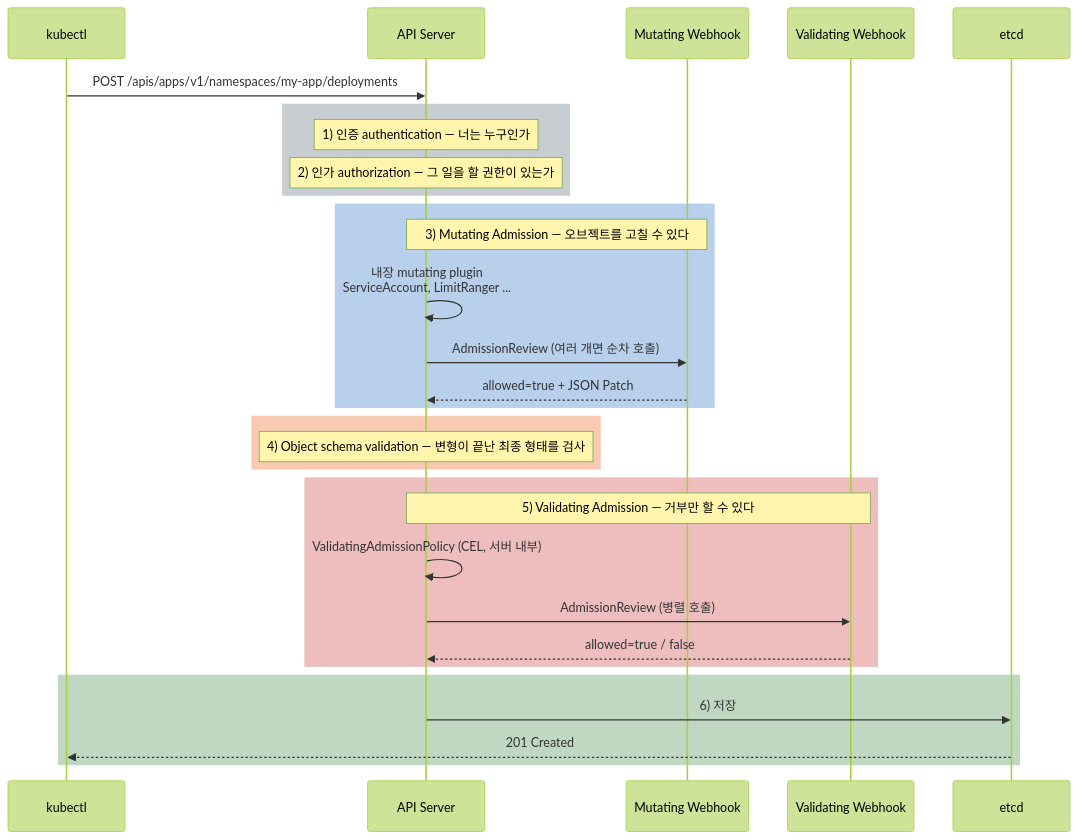
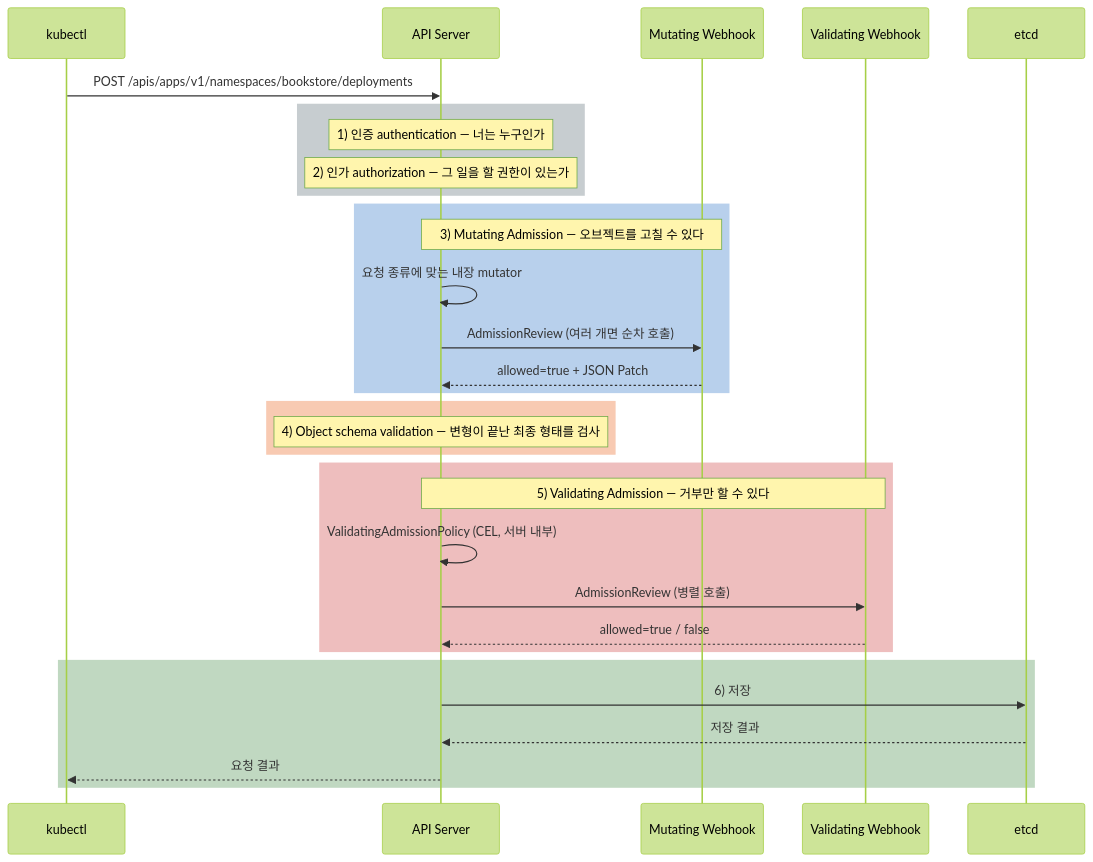
The first of 3 diagrams in kubernetes/Kubernetes-Admission-Webhook.md (sskim91/TIL), drawn with Mermaid (forest theme) before and after one commit. The commit also changed other lines of this file and 39 other files, not shown here.

````diff
--- a/kubernetes/Kubernetes-Admission-Webhook.md
+++ b/kubernetes/Kubernetes-Admission-Webhook.md
@@ -32,33 +33,34 @@
 ```mermaid
 sequenceDiagram
     participant U as kubectl
     participant API as API Server
     participant MW as Mutating Webhook
     participant VW as Validating Webhook
     participant E as etcd
 
-    U->>API: POST /apis/apps/v1/namespaces/my-app/deployments
+    U->>API: POST /apis/apps/v1/namespaces/bookstore/deployments
     rect rgba(69, 90, 100, 0.3)
         Note over API: 1) 인증 authentication — 너는 누구인가
         Note over API: 2) 인가 authorization — 그 일을 할 권한이 있는가
     end
     rect rgba(21, 101, 192, 0.3)
         Note over API,MW: 3) Mutating Admission — 오브젝트를 고칠 수 있다
-        API->>API: 내장 mutating plugin<br>ServiceAccount, LimitRanger ...
+        API->>API: 요청 종류에 맞는 내장 mutator
         API->>MW: AdmissionReview (여러 개면 순차 호출)
         MW-->>API: allowed=true + JSON Patch
     end
     rect rgba(230, 81, 0, 0.3)
         Note over API: 4) Object schema validation — 변형이 끝난 최종 형태를 검사
     end
     rect rgba(198, 40, 40, 0.3)
         Note over API,VW: 5) Validating Admission — 거부만 할 수 있다
         API->>API: ValidatingAdmissionPolicy (CEL, 서버 내부)
         API->>VW: AdmissionReview (병렬 호출)
         VW-->>API: allowed=true / false
     end
     rect rgba(46, 125, 50, 0.3)
         API->>E: 6) 저장
-        E-->>U: 201 Created
+        E-->>API: 저장 결과
+        API-->>U: 요청 결과
     end
 ```
````
